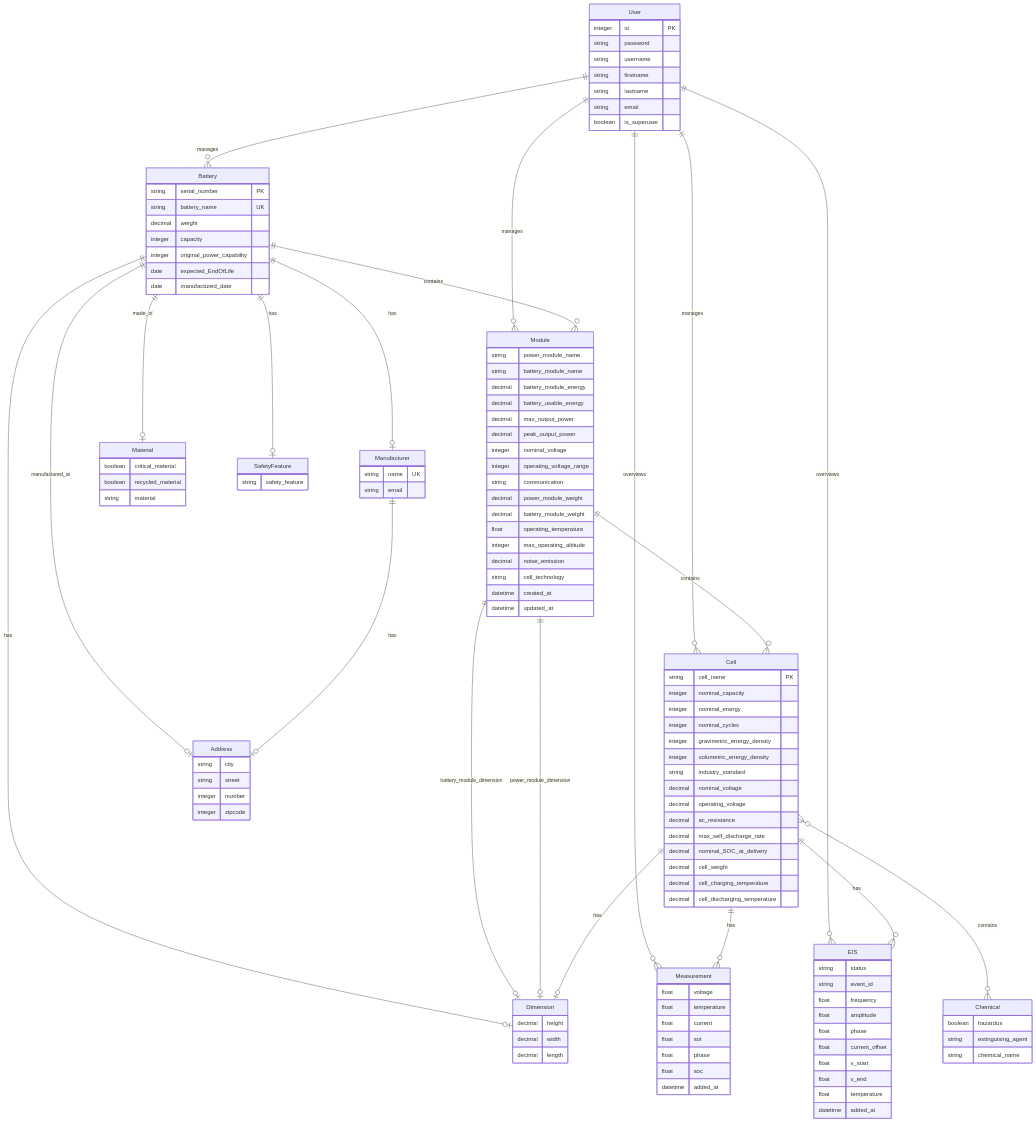
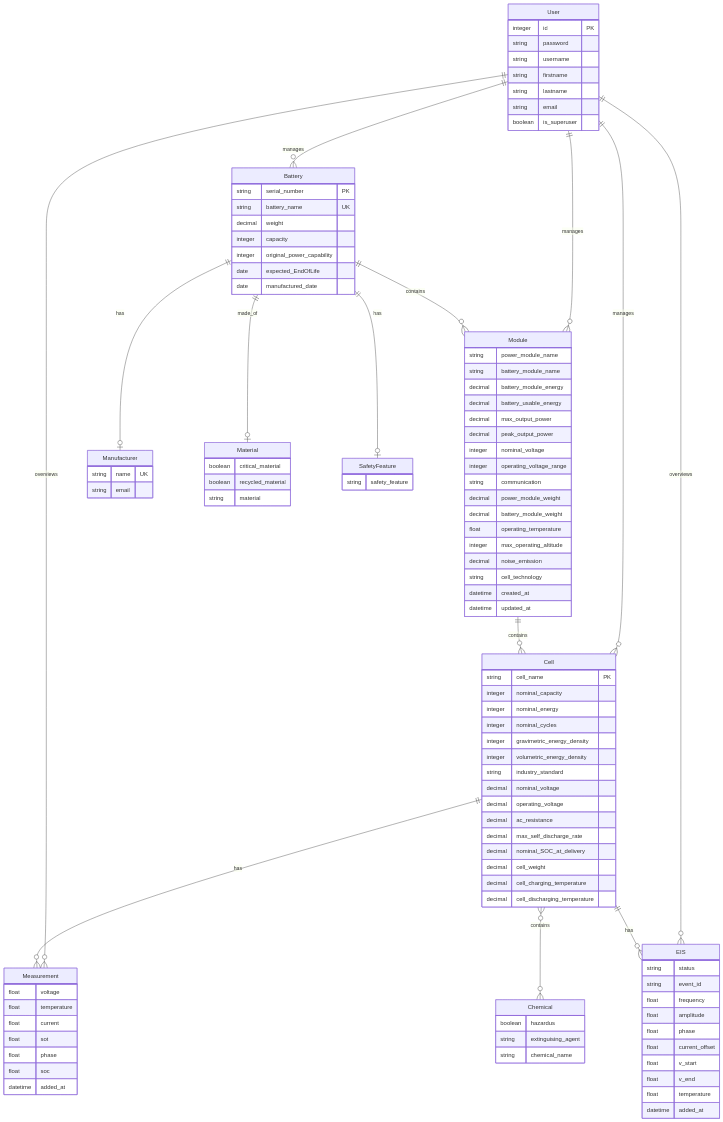
Before and after one commit to gmitis/NTUA_Thesis_Battery2Life: the diagram in database/database_erd.mmd, drawn with Mermaid.

Commit message:
Updated ER diagram of the database

```diff
--- a/database/database_erd.mmd
+++ b/database/database_erd.mmd
@@ -1,143 +1,123 @@
   %%{init: {'themeVariables': {'erFontSize': '18px'}}}%%
 erDiagram
 
 %% relationships definition %%
     User ||--o{ Battery : "manages"
     User ||--o{ Module : "manages"
     User ||--o{ Cell : "manages"
     User ||--o{ Measurement : "overviews" 
     User ||--o{ EIS : "overviews"
 
     Battery ||--o{ Module : "contains"
-    Battery ||--o| Dimension : "has"
     Battery ||--o| Manufacturer : "has"
     Battery ||--o| Material : "made_of"
     Battery ||--o| SafetyFeature : "has"
-    Battery ||--o| Address : "manufactured_at"
 
     Module ||--o{ Cell : "contains"
-    Module ||--o| Dimension : "battery_module_dimension"
-    Module ||--o| Dimension : "power_module_dimension"
 
-    Cell ||--o| Dimension : "has"
     Cell ||--o{ Measurement : "has"
     Cell ||--o{ EIS : "has"
     Cell }o--o{ Chemical : "contains"
-
-    Manufacturer ||--o| Address : "has"
 
 %% entities definition %%
     User {
         integer id PK
         string password 
         string username 
         string firstname
         string lastname
         string email
         boolean is_superuser
     }
 
     Battery {
         string serial_number PK
         string battery_name UK
         decimal weight
         integer capacity
         integer original_power_capability
         date expected_EndOfLife
         date manufactured_date
     }
 
     Module {
         string power_module_name
         string battery_module_name
         decimal battery_module_energy
         decimal battery_usable_energy
         decimal max_output_power
         decimal peak_output_power
         integer nominal_voltage
         integer operating_voltage_range
         string communication
         decimal power_module_weight
         decimal battery_module_weight
         float operating_temperature
         integer max_operating_altitude
         decimal noise_emission
         string cell_technology
         datetime created_at
         datetime updated_at
     }
 
     Cell {
         string cell_name PK
         integer nominal_capacity
         integer nominal_energy
         integer nominal_cycles
         integer gravimetric_energy_density
         integer volumetric_energy_density
         string industry_standard
         decimal nominal_voltage
         decimal operating_voltage
         decimal ac_resistance
         decimal max_self_discharge_rate
         decimal nominal_SOC_at_delivery
         decimal cell_weight
         decimal cell_charging_temperature
         decimal cell_discharging_temperature
     }
 
     Measurement {
         float voltage
         float temperature
         float current
         float sot
         float phase
         float soc
         datetime added_at
     }
 
     EIS {
         string status
         string event_id
         float frequency
         float amplitude
         float phase
         float current_offset
         float v_start
         float v_end
         float temperature
         datetime added_at
     }
 
     Chemical {
         boolean hazardus
         string extinguising_agent
         string chemical_name
     }
 
     SafetyFeature {
         string safety_feature
     }
 
     Material {
         boolean critical_material
         boolean recycled_material
         string material
     }
 
-    Dimension {
-        decimal height
-        decimal width
-        decimal length
-    }
-
-    Address {
-        string city
-        string street
-        integer number
-        integer zipcode
-    }
-
     Manufacturer {
         string name UK
         string email
     }
```
